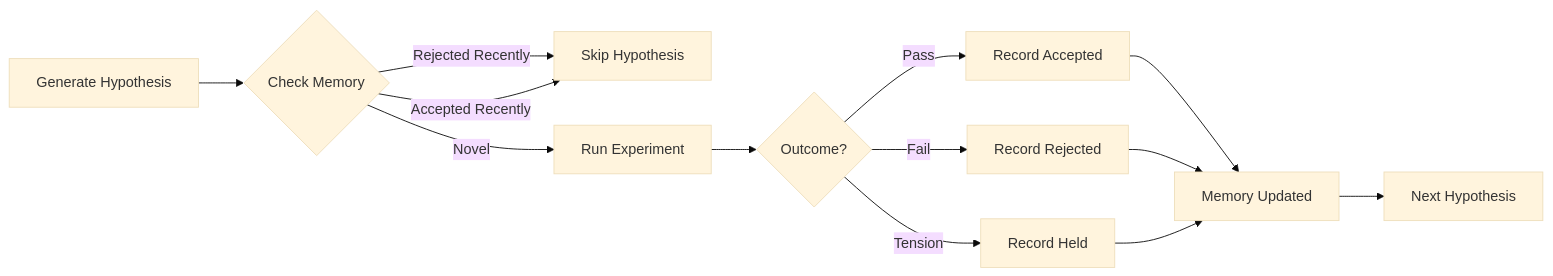
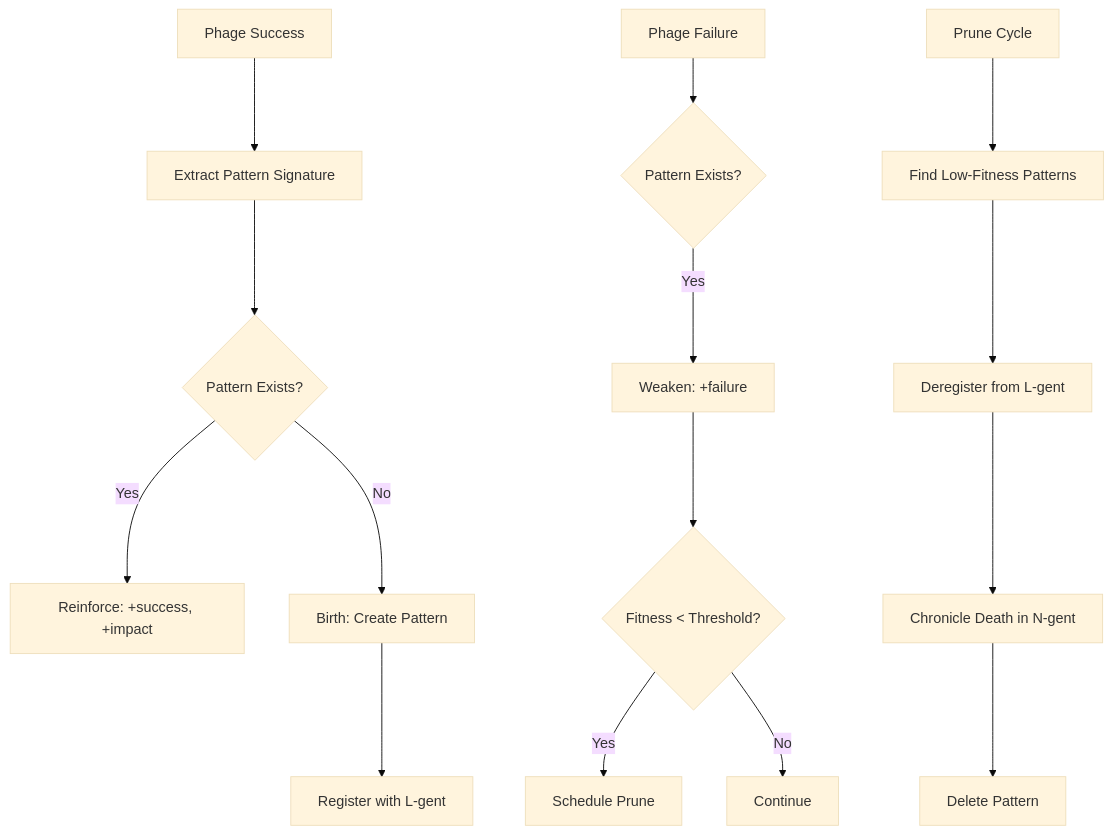
Before and after one commit to kgang/kgents: the diagram in spec/e-gents/memory.md, drawn with Mermaid (base theme). The commit also changed other lines of this file and 34 other files, not shown here.

````diff
--- a/spec/e-gents/memory.md
+++ b/spec/e-gents/memory.md
@@ -513,15 +441,19 @@
 ```mermaid
-graph LR
-    A[Generate Hypothesis] --> B{Check Memory}
-    B -->|Rejected Recently| C[Skip Hypothesis]
-    B -->|Accepted Recently| C
-    B -->|Novel| D[Run Experiment]
-    D --> E{Outcome?}
-    E -->|Pass| F[Record Accepted]
-    E -->|Fail| G[Record Rejected]
-    E -->|Tension| H[Record Held]
-    F --> I[Memory Updated]
-    G --> I
-    H --> I
-    I --> J[Next Hypothesis]
+graph TD
+    A[Phage Success] --> B[Extract Pattern Signature]
+    B --> C{Pattern Exists?}
+    C -->|Yes| D[Reinforce: +success, +impact]
+    C -->|No| E[Birth: Create Pattern]
+    E --> F[Register with L-gent]
+
+    G[Phage Failure] --> H{Pattern Exists?}
+    H -->|Yes| I[Weaken: +failure]
+    I --> J{Fitness < Threshold?}
+    J -->|Yes| K[Schedule Prune]
+    J -->|No| L[Continue]
+
+    M[Prune Cycle] --> N[Find Low-Fitness Patterns]
+    N --> O[Deregister from L-gent]
+    O --> P[Chronicle Death in N-gent]
+    P --> Q[Delete Pattern]
 ```
````
